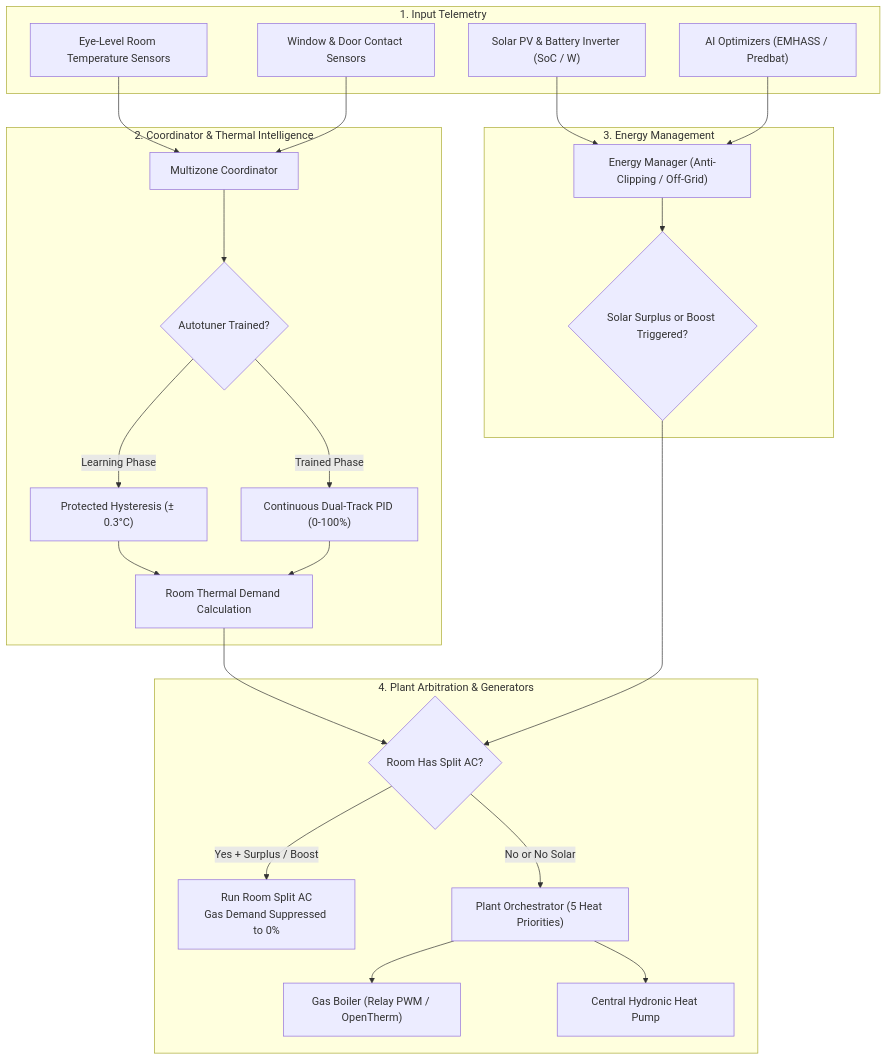
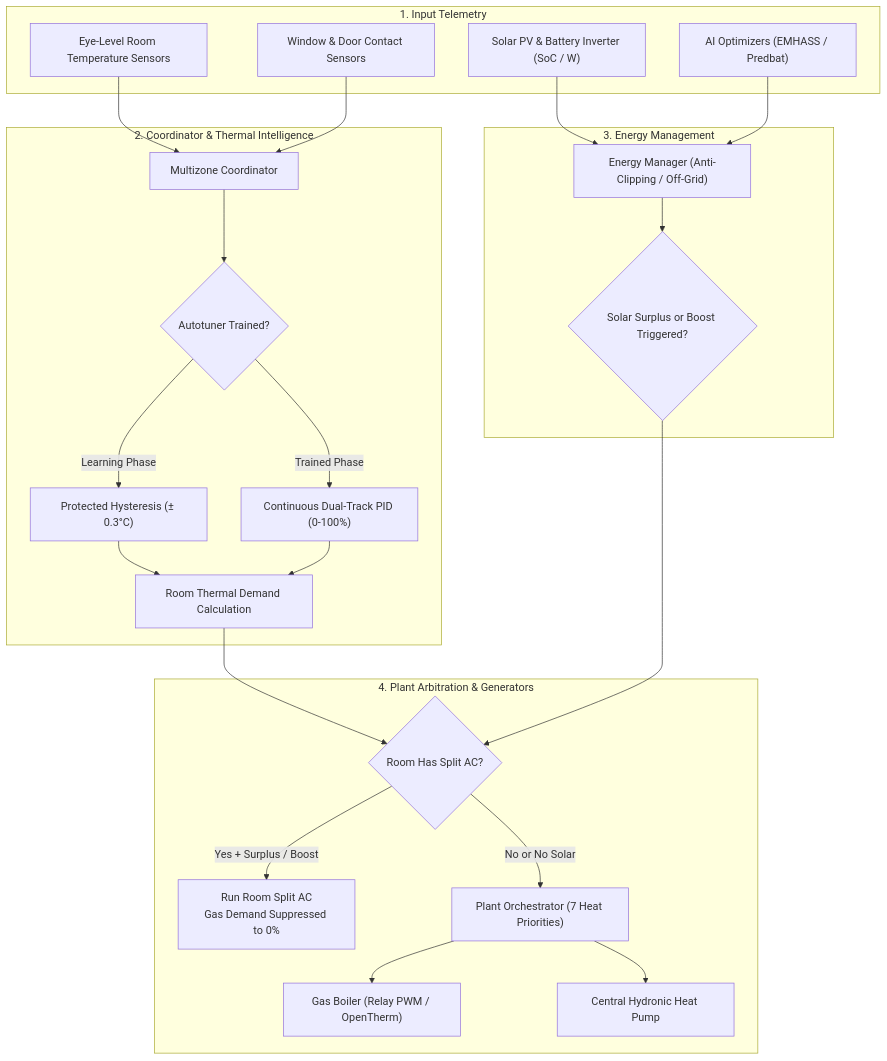
The diagram in docs/wiki/home.md (alex-military/multizone-thermostat), drawn with Mermaid before and after one commit. The commit also changed other lines of this file and 25 other files, not shown here.

Commit message:
docs: update wiki, README and roadmap through v6.0.26

````diff
--- a/docs/wiki/home.md
+++ b/docs/wiki/home.md
@@ -166,47 +166,47 @@
 ```mermaid
 flowchart TD
     subgraph S["1. Input Telemetry"]
         S1["Eye-Level Room Temperature Sensors"]
         S2["Window & Door Contact Sensors"]
         S3["Solar PV & Battery Inverter (SoC / W)"]
         S4["AI Optimizers (EMHASS / Predbat)"]
     end
 
     subgraph C["2. Coordinator & Thermal Intelligence"]
         C1["Multizone Coordinator"]
         C2{"Autotuner Trained?"}
         C3["Protected Hysteresis (± 0.3°C)"]
         C4["Continuous Dual-Track PID (0-100%)"]
         C5["Room Thermal Demand Calculation"]
     end
 
     subgraph E["3. Energy Management"]
         E1["Energy Manager (Anti-Clipping / Off-Grid)"]
         E2{"Solar Surplus or Boost Triggered?"}
     end
 
     subgraph A["4. Plant Arbitration & Generators"]
         A1{"Room Has Split AC?"}
         A2["Run Room Split AC<br>Gas Demand Suppressed to 0%"]
-        A3["Plant Orchestrator (5 Heat Priorities)"]
+        A3["Plant Orchestrator (7 Heat Priorities)"]
         A4["Gas Boiler (Relay PWM / OpenTherm)"]
         A5["Central Hydronic Heat Pump"]
     end
 
     S1 --> C1
     S2 --> C1
     S3 --> E1
     S4 --> E1
     C1 --> C2
     C2 -->|Learning Phase| C3
     C2 -->|Trained Phase| C4
     C3 --> C5
     C4 --> C5
     E1 --> E2
     C5 --> A1
     E2 --> A1
     A1 -->|Yes + Surplus / Boost| A2
     A1 -->|No or No Solar| A3
     A3 --> A4
     A3 --> A5
 ```
````
